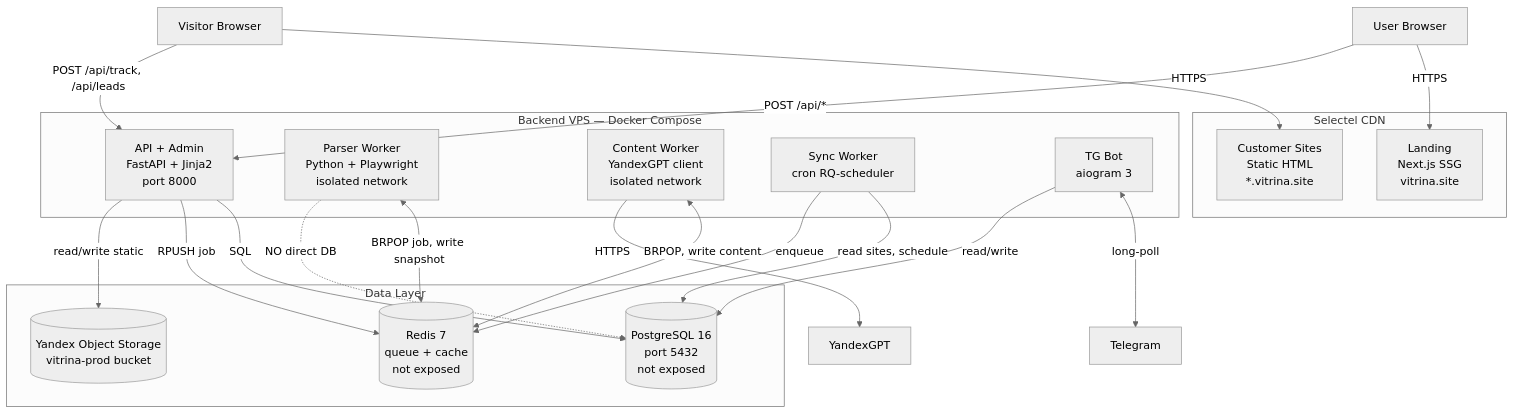
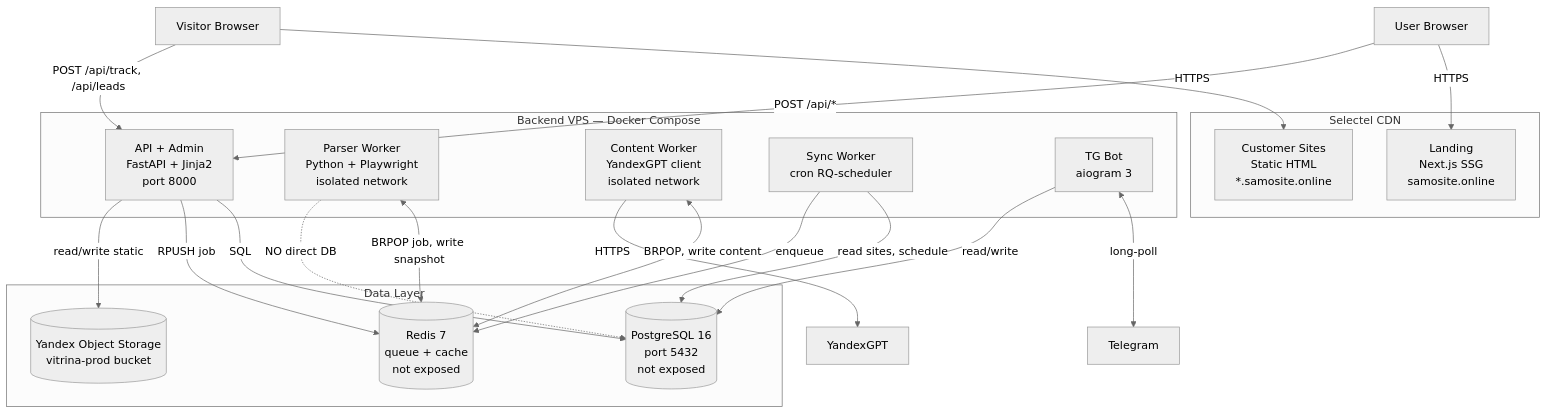
Before and after one commit to raravista8/vitrina: the second of 6 diagrams in docs/ARCHITECTURE.md, drawn with Mermaid (neutral theme). The commit also changed other lines of this file and 46 other files, not shown here.

````diff
--- a/docs/ARCHITECTURE.md
+++ b/docs/ARCHITECTURE.md
@@ -77,40 +77,40 @@
 ```mermaid
 graph TB
     subgraph CDN[Selectel CDN]
-        Landing[Landing<br/>Next.js SSG<br/>vitrina.site]
-        Sites[Customer Sites<br/>Static HTML<br/>*.vitrina.site]
+        Landing[Landing<br/>Next.js SSG<br/>samosite.online]
+        Sites[Customer Sites<br/>Static HTML<br/>*.samosite.online]
     end
 
     subgraph Backend[Backend VPS — Docker Compose]
         API[API + Admin<br/>FastAPI + Jinja2<br/>port 8000]
         Worker1[Parser Worker<br/>Python + Playwright<br/>isolated network]
         Worker2[Content Worker<br/>YandexGPT client<br/>isolated network]
         Worker3[Sync Worker<br/>cron RQ-scheduler]
         Bot[TG Bot<br/>aiogram 3]
     end
 
     subgraph Data[Data Layer]
         PG[(PostgreSQL 16<br/>port 5432<br/>not exposed)]
         Redis[(Redis 7<br/>queue + cache<br/>not exposed)]
         S3[(Yandex Object Storage<br/>vitrina-prod bucket)]
     end
 
     User1[User Browser] -->|HTTPS| Landing
     User1 -->|POST /api/*| API
     Visitor1[Visitor Browser] -->|HTTPS| Sites
     Visitor1 -->|POST /api/track, /api/leads| API
 
     API -->|SQL| PG
     API -->|RPUSH job| Redis
     API -->|read/write static| S3
 
     Worker1 <-->|BRPOP job, write snapshot| Redis
     Worker1 -.->|NO direct DB| PG
     Worker2 <-->|BRPOP, write content| Redis
     Worker2 -->|HTTPS| YGPText[YandexGPT]
     Worker3 -->|read sites, schedule| PG
     Worker3 -->|enqueue| Redis
 
     Bot <-->|long-poll| TGExt[Telegram]
     Bot -->|read/write| PG
 ```
````
